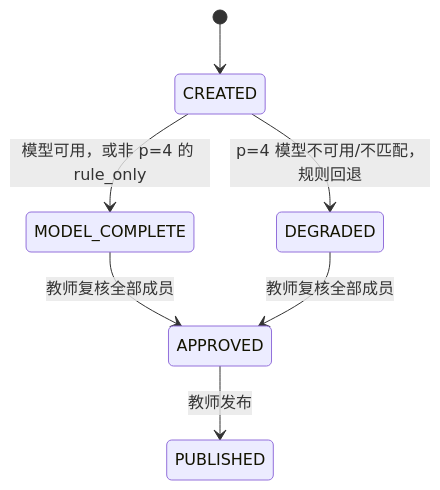
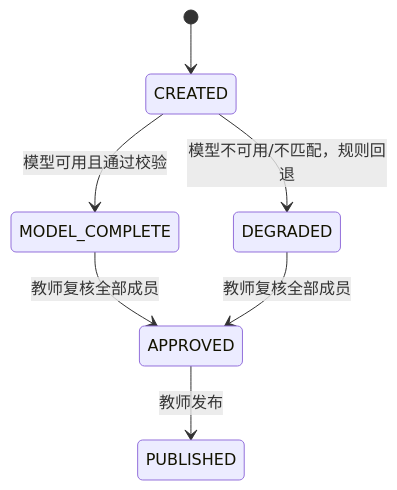
The fifth of 6 diagrams in docs/SYSTEM_DESIGN.md (Anny-ZYF/pbl-demo), drawn with Mermaid before and after one commit. The commit also changed other lines of this file and 420 other files, not shown here.

````diff
--- a/docs/SYSTEM_DESIGN.md
+++ b/docs/SYSTEM_DESIGN.md
@@ -185,9 +188,9 @@
 ```mermaid
 stateDiagram-v2
     [*] --> CREATED
-    CREATED --> MODEL_COMPLETE: 模型可用，或非 p=4 的 rule_only
-    CREATED --> DEGRADED: p=4 模型不可用/不匹配，规则回退
+    CREATED --> MODEL_COMPLETE: 模型可用且通过校验
+    CREATED --> DEGRADED: 模型不可用/不匹配，规则回退
     MODEL_COMPLETE --> APPROVED: 教师复核全部成员
     DEGRADED --> APPROVED: 教师复核全部成员
     APPROVED --> PUBLISHED: 教师发布
 ```
````
